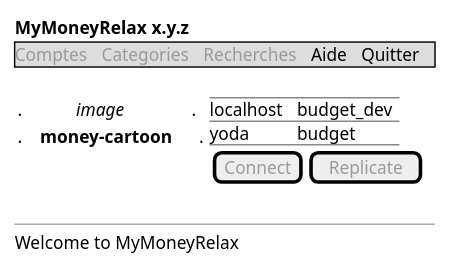
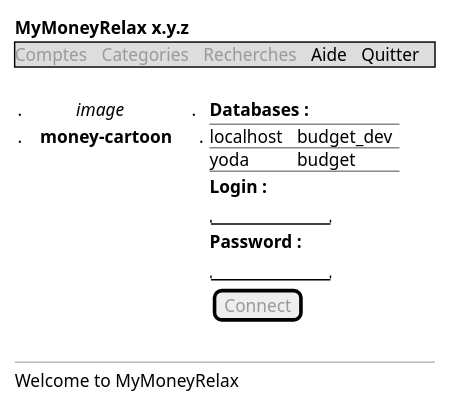
One commit to tp38/money_java changed the diagram in doc/uml/1-welcome_activity/mj_welcome_salt.puml. Above: the diagram before and after it, drawn with PlantUML. The commit also changed 40 other files, not shown here.

```diff
--- a/doc/uml/1-welcome_activity/mj_welcome_salt.puml
+++ b/doc/uml/1-welcome_activity/mj_welcome_salt.puml
@@ -1,23 +1,28 @@
 @startsalt 'Welcome Salt'
 {
 <b>MyMoneyRelax x.y.z</b>
 {* <color:#9a9a9a>Comptes | <color:#9a9a9a>Categories | <color:#9a9a9a>Recherches | Aide | Quitter }
 .
 {
 { 
 .            //image//               . 
 .    **money-cartoon**      .         
 } | {
+    **Databases :**
     {T-
     localhost | budget_dev
     yoda | budget 
     }
-    {[<color:#9a9a9a>Connect]|[<color:#9a9a9a>Replicate]}
+    **Login :**
+    "          "
+    **Password :**
+    "          "
+    {[<color:#9a9a9a>Connect]}
      
 }
 }
 .
 --
 Welcome to MyMoneyRelax
 }
 @endsalt
```
